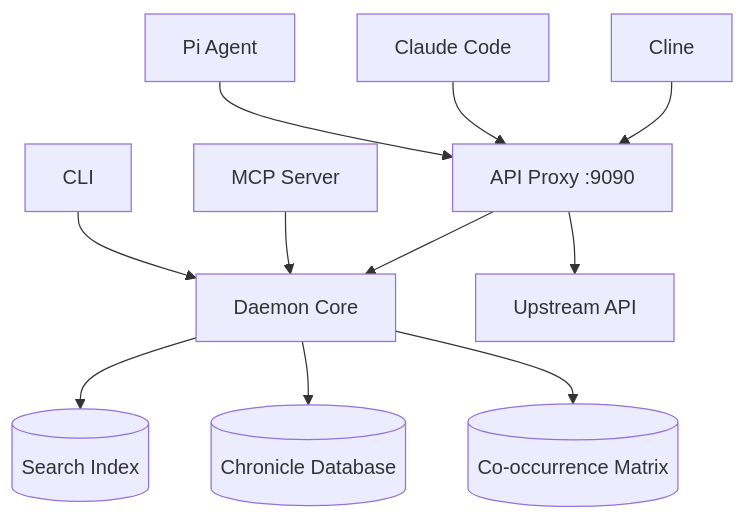
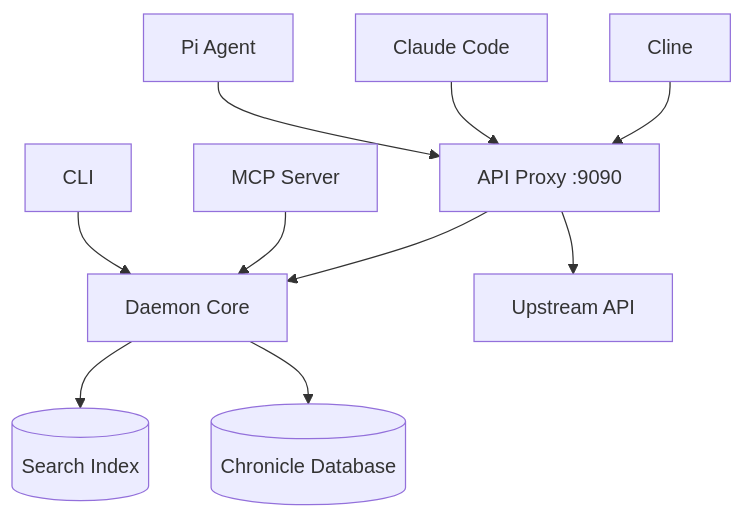
Before and after one commit to Reliary/reliary-agent: the third of 3 diagrams in README.md, drawn with Mermaid. The commit also changed other lines of this file, not shown here.

First line of the commit message:
phase 14: update docs for proxy-compression architecture

````diff
--- a/README.md
+++ b/README.md
@@ -420,14 +436,13 @@
 ```mermaid
 graph TD
     A[CLI] --> D[Daemon Core]
     B[MCP Server] --> D
     C[API Proxy :9090] --> D
     D --> E[(Search Index)]
     D --> F[(Chronicle Database)]
-    D --> G[(Co-occurrence Matrix)]
 
     C --> H[Upstream API]
     I[Pi Agent] --> C
     J[Claude Code] --> C
     K[Cline] --> C
 ```
````
